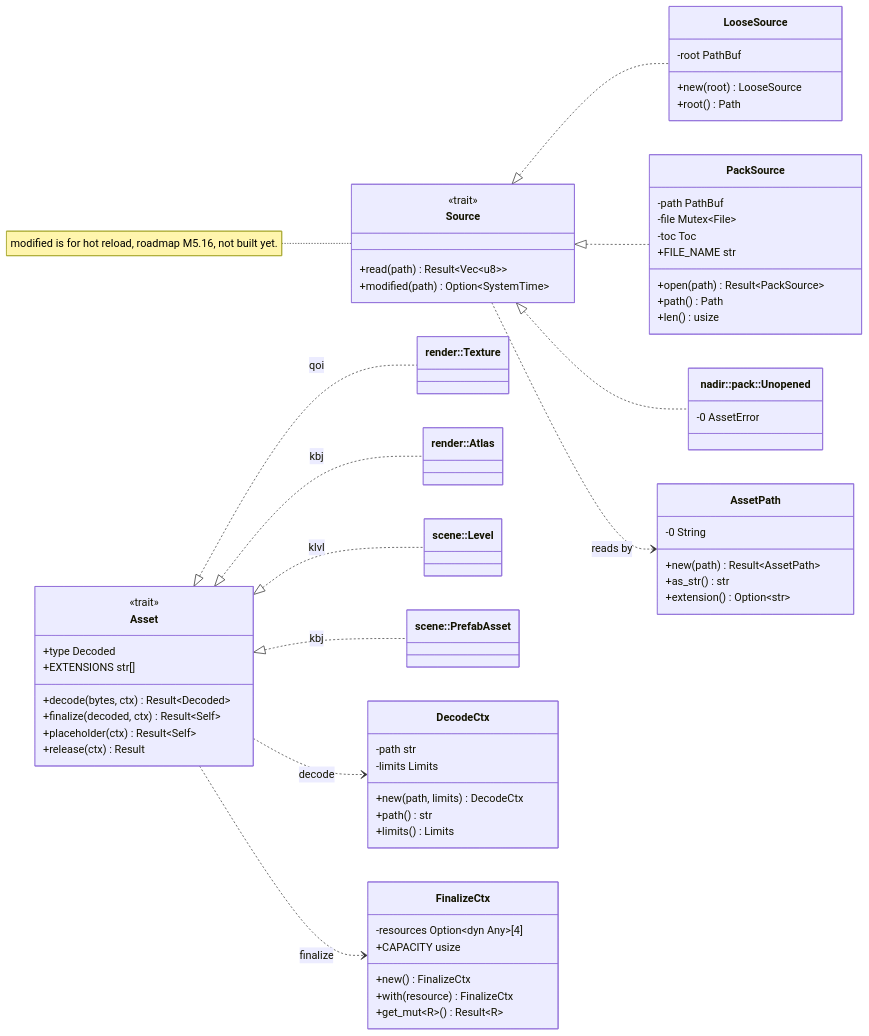
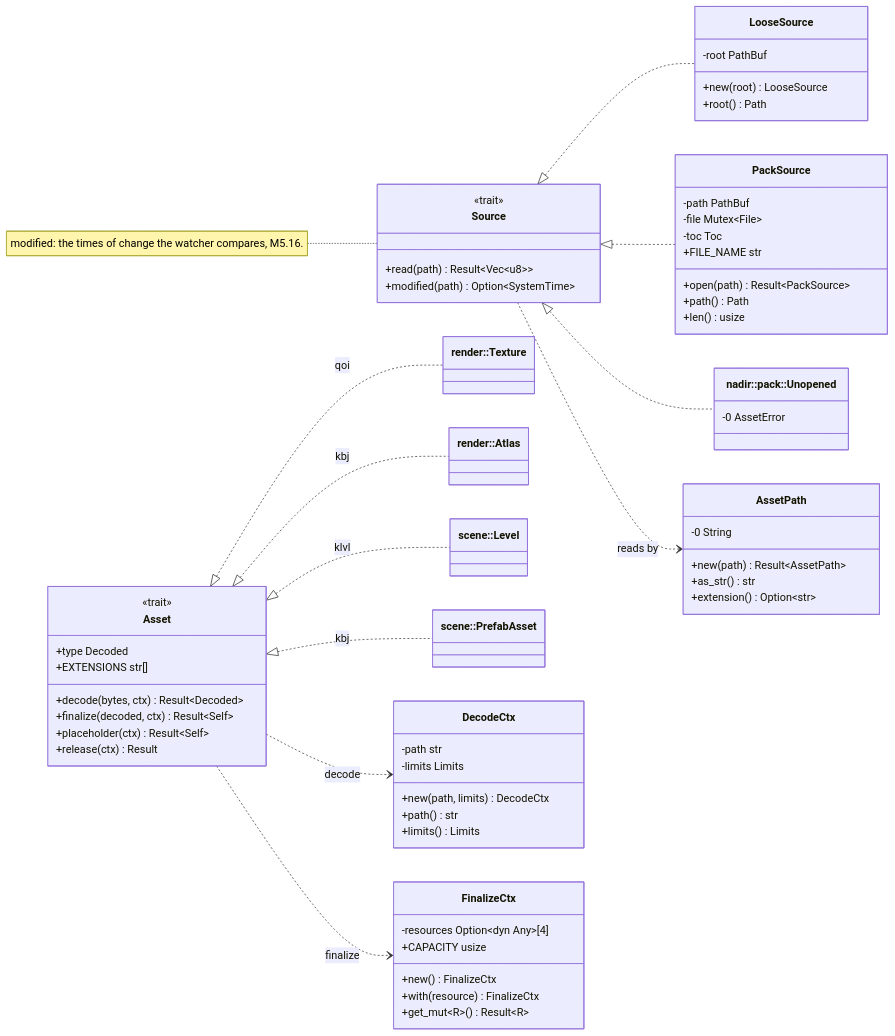
The ninth of 27 diagrams in diagrams/class-diagram.md (jabbott-iii/Nadir), drawn with Mermaid before and after one commit. The commit also changed other lines of this file and 13 other files, not shown here.

````diff
--- a/diagrams/class-diagram.md
+++ b/diagrams/class-diagram.md
@@ -661,70 +696,70 @@
 ```mermaid
 classDiagram
     direction LR
     class Asset {
         <<trait>>
         +type Decoded
         +EXTENSIONS str[]
         +decode(bytes, ctx) Result~Decoded~
         +finalize(decoded, ctx) Result~Self~
         +placeholder(ctx) Result~Self~
         +release(ctx) Result
     }
     class DecodeCtx {
         -path str
         -limits Limits
         +new(path, limits) DecodeCtx
         +path() str
         +limits() Limits
     }
     class FinalizeCtx {
         -resources Option~dyn Any~[4]
         +CAPACITY usize
         +new() FinalizeCtx
         +with(resource) FinalizeCtx
         +get_mut~R~() Result~R~
     }
     class Source {
         <<trait>>
         +read(path) Result~Vec~u8~~
         +modified(path) Option~SystemTime~
     }
     class LooseSource {
         -root PathBuf
         +new(root) LooseSource
         +root() Path
     }
     class PackSource {
         -path PathBuf
         -file Mutex~File~
         -toc Toc
         +FILE_NAME str
         +open(path) Result~PackSource~
         +path() Path
         +len() usize
     }
     class Unopened["nadir::pack::Unopened"] {
         -0 AssetError
     }
     class AssetPath {
         -0 String
         +new(path) Result~AssetPath~
         +as_str() str
         +extension() Option~str~
     }
     class Texture["render::Texture"]
     class Atlas["render::Atlas"]
     class Level["scene::Level"]
     class PrefabAsset["scene::PrefabAsset"]
     Asset <|.. Texture : qoi
     Asset <|.. Atlas : kbj
     Asset <|.. Level : klvl
     Asset <|.. PrefabAsset : kbj
     Asset ..> DecodeCtx : decode
     Asset ..> FinalizeCtx : finalize
     Source <|.. LooseSource
     Source <|.. PackSource
     Source <|.. Unopened
     Source ..> AssetPath : reads by
-    note for Source "modified is for hot reload, roadmap M5.16, not built yet."
+    note for Source "modified: the times of change the watcher compares, M5.16."
 ```
````
